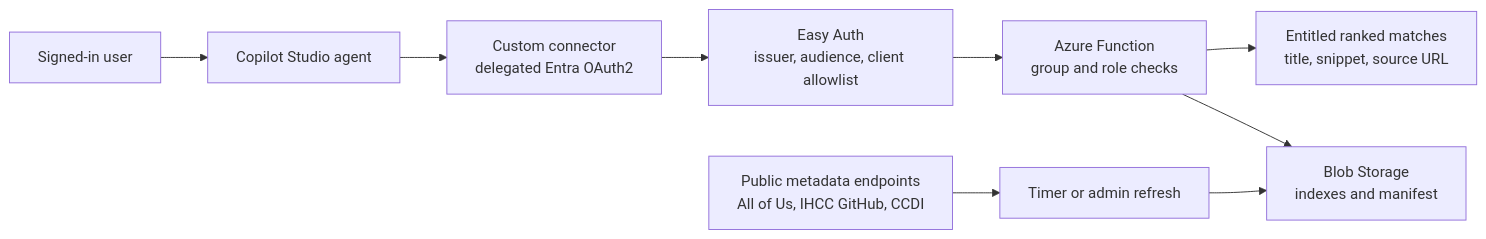
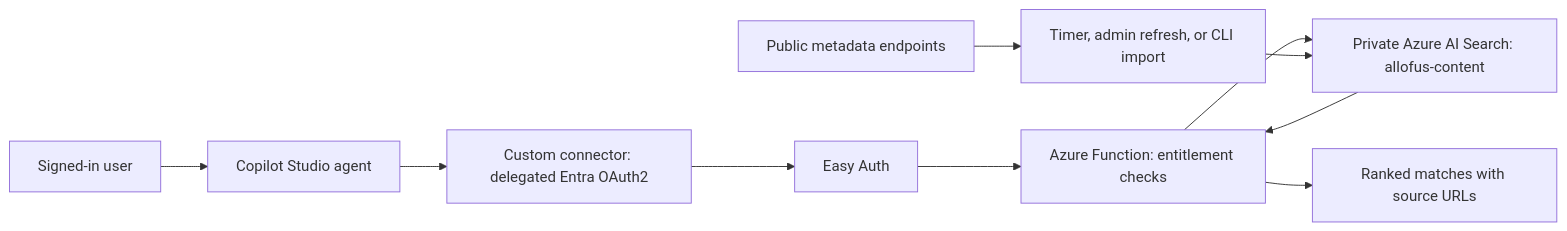
One commit to SteveCInVA/AllofUs-Agent changed the first of 3 diagrams in docs/architecture.md. Above: the diagram before and after it, drawn with Mermaid. The commit also changed other lines of this file and 22 other files, not shown here.

First line of the commit message:
Refactor tests for refresh_job and storage modules

````diff
--- a/docs/architecture.md
+++ b/docs/architecture.md
@@ -31,11 +22,12 @@
 ```mermaid
 flowchart LR
     U["Signed-in user"] --> AG["Copilot Studio agent"]
-    AG --> CC["Custom connector<br/>delegated Entra OAuth2"]
-    CC --> EA["Easy Auth<br/>issuer, audience, client allowlist"]
-    EA --> FN["Azure Function<br/>group and role checks"]
-    FN --> RES["Entitled ranked matches<br/>title, snippet, source URL"]
-    FN --> ST["Blob Storage<br/>indexes and manifest"]
-    SRC["Public metadata endpoints<br/>All of Us, IHCC GitHub, CCDI"] --> RJ["Timer or admin refresh"]
-    RJ --> ST
+    AG --> CC["Custom connector: delegated Entra OAuth2"]
+    CC --> EA["Easy Auth"]
+    EA --> FN["Azure Function: entitlement checks"]
+    FN --> SRCH["Private Azure AI Search: allofus-content"]
+    SRCH --> FN
+    FN --> RES["Ranked matches with source URLs"]
+    SRC["Public metadata endpoints"] --> RJ["Timer, admin refresh, or CLI import"]
+    RJ --> SRCH
 ```
````
